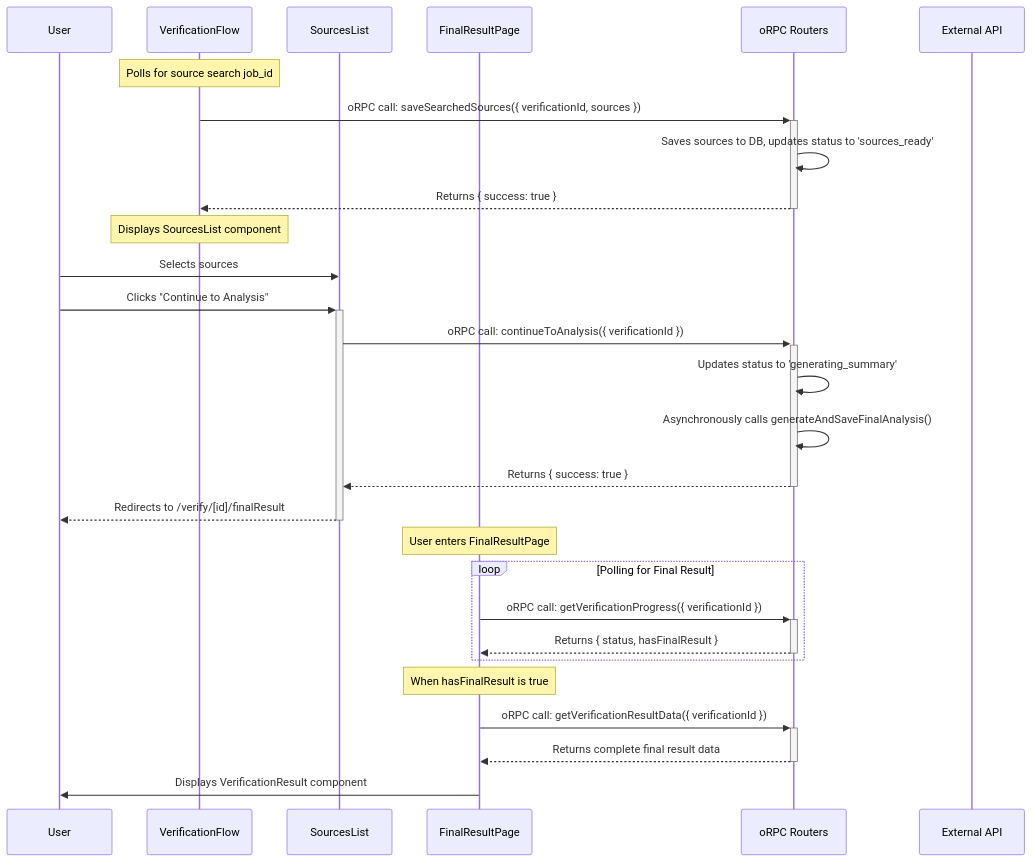
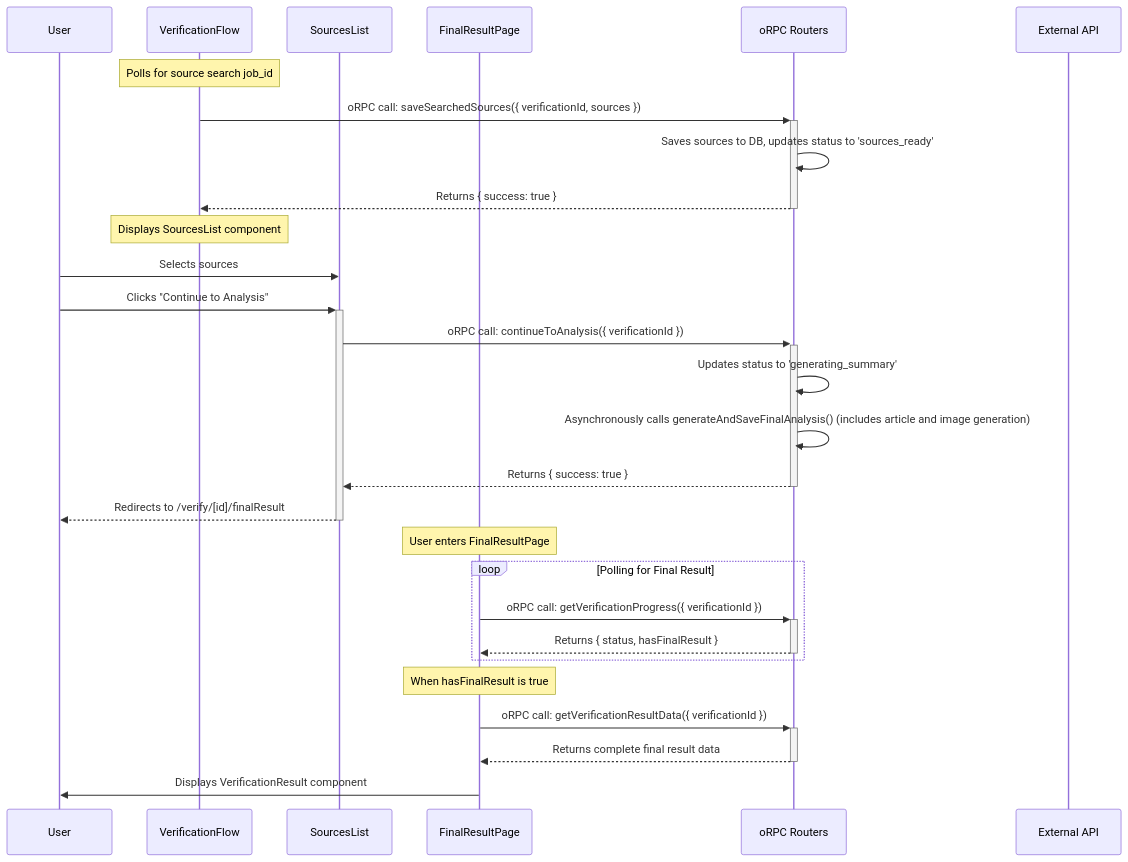
One commit to checkeapp-group/CheckeApp changed the third of 3 diagrams in docs/VERIFICATION.md. Above: the diagram before and after it, drawn with Mermaid. The commit also changed other lines of this file and 5 other files, not shown here.

Commit message:
feat: update API documentation to reflect new endpoints and changes in verification flow

````diff
--- a/docs/VERIFICATION.md
+++ b/docs/VERIFICATION.md
@@ -126,34 +135,34 @@
 ```mermaid
 sequenceDiagram
     participant User
     participant VF as VerificationFlow
     participant SL as SourcesList
     participant FRP as FinalResultPage
     participant BE as oRPC Routers
     participant API as External API
 
     Note over VF: Polls for source search job_id
     VF->>+BE: oRPC call: saveSearchedSources({ verificationId, sources })
     BE->>BE: Saves sources to DB, updates status to 'sources_ready'
     BE-->>-VF: Returns { success: true }
     Note over VF: Displays SourcesList component
 
     User->>SL: Selects sources
     User->>+SL: Clicks "Continue to Analysis"
     SL->>+BE: oRPC call: continueToAnalysis({ verificationId })
     BE->>BE: Updates status to 'generating_summary'
-    BE->>BE: Asynchronously calls generateAndSaveFinalAnalysis()
+    BE->>BE: Asynchronously calls generateAndSaveFinalAnalysis() (includes article and image generation)
     BE-->>-SL: Returns { success: true }
     SL-->>-User: Redirects to /verify/[id]/finalResult
 
     Note over FRP: User enters FinalResultPage
     loop Polling for Final Result
         FRP->>+BE: oRPC call: getVerificationProgress({ verificationId })
         BE-->>-FRP: Returns { status, hasFinalResult }
     end
 
     Note over FRP: When hasFinalResult is true
     FRP->>+BE: oRPC call: getVerificationResultData({ verificationId })
     BE-->>-FRP: Returns complete final result data
     FRP->>User: Displays VerificationResult component
 ```
````
